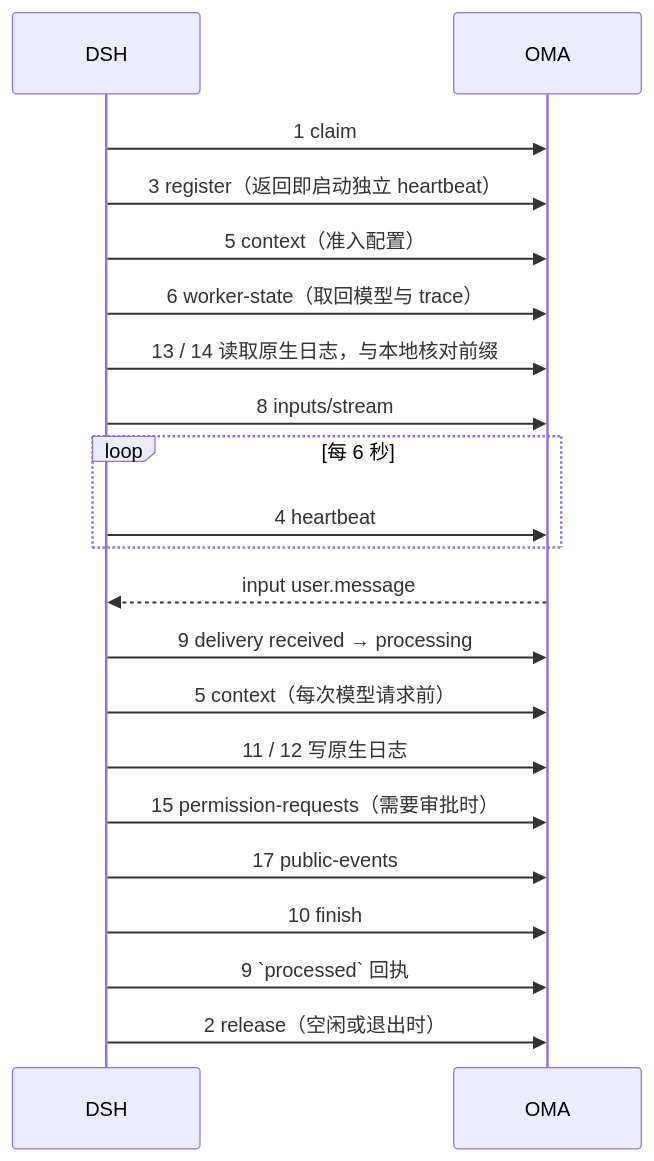
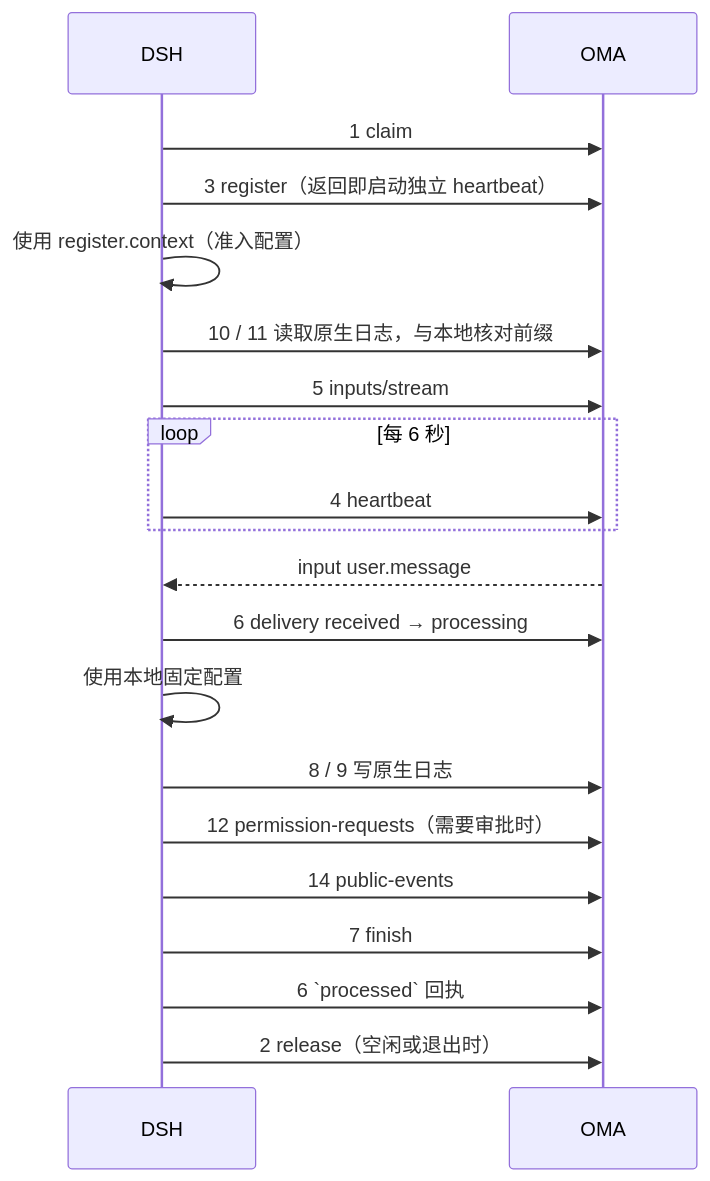
One commit to superduck-ai/open-managed-agents changed the diagram in docs/design/be/dsrv1/api-reference.md. Above: the diagram before and after it, drawn with Mermaid. The commit also changed other lines of this file and 62 other files, not shown here.

````diff
--- a/docs/design/be/dsrv1/api-reference.md
+++ b/docs/design/be/dsrv1/api-reference.md
@@ -35,23 +32,22 @@
 ```mermaid
 sequenceDiagram
     participant D as DSH
     participant A as OMA
     D->>A: 1 claim
     D->>A: 3 register（返回即启动独立 heartbeat）
-    D->>A: 5 context（准入配置）
-    D->>A: 6 worker-state（取回模型与 trace）
-    D->>A: 13 / 14 读取原生日志，与本地核对前缀
-    D->>A: 8 inputs/stream
+    D->>D: 使用 register.context（准入配置）
+    D->>A: 10 / 11 读取原生日志，与本地核对前缀
+    D->>A: 5 inputs/stream
     loop 每 6 秒
         D->>A: 4 heartbeat
     end
     A-->>D: input user.message
-    D->>A: 9 delivery received → processing
-    D->>A: 5 context（每次模型请求前）
-    D->>A: 11 / 12 写原生日志
-    D->>A: 15 permission-requests（需要审批时）
-    D->>A: 17 public-events
-    D->>A: 10 finish
-    D->>A: 9 `processed` 回执
+    D->>A: 6 delivery received → processing
+    D->>D: 使用本地固定配置
+    D->>A: 8 / 9 写原生日志
+    D->>A: 12 permission-requests（需要审批时）
+    D->>A: 14 public-events
+    D->>A: 7 finish
+    D->>A: 6 `processed` 回执
     D->>A: 2 release（空闲或退出时）
 ```
````
